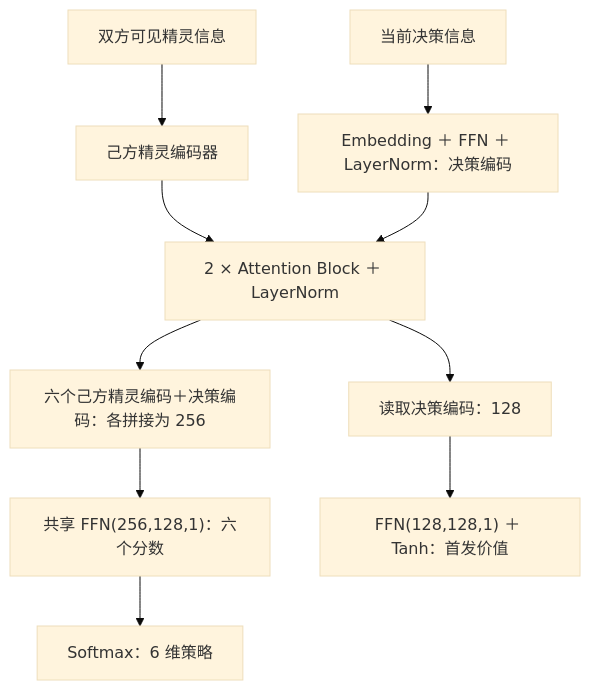
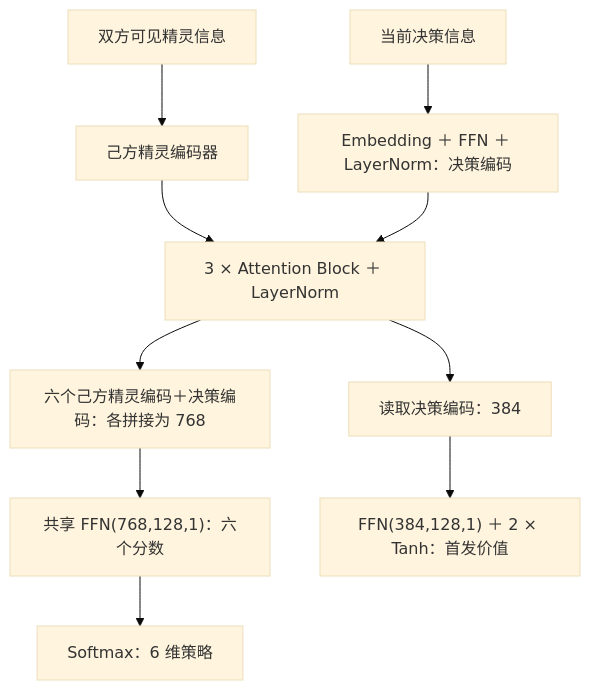
One commit to ChickenD233/Alpha-Roco changed the fifth of 7 diagrams in MODEL_DESIGN.md. Above: the diagram before and after it, drawn with Mermaid (base theme). The commit also changed other lines of this file and 16 other files, not shown here.

````diff
--- a/MODEL_DESIGN.md
+++ b/MODEL_DESIGN.md
@@ -117,12 +124,12 @@
 ```mermaid
 flowchart TB
     I["双方可见精灵信息"] --> E["己方精灵编码器"]
     D["当前决策信息"] --> DE["Embedding ＋ FFN ＋ LayerNorm：决策编码"]
-    E --> A["2 × Attention Block ＋ LayerNorm"]
+    E --> A["3 × Attention Block ＋ LayerNorm"]
     DE --> A
-    A --> P["六个己方精灵编码＋决策编码：各拼接为 256"]
-    P --> S["共享 FFN(256,128,1)：六个分数"]
+    A --> P["六个己方精灵编码＋决策编码：各拼接为 768"]
+    P --> S["共享 FFN(768,128,1)：六个分数"]
     S --> O["Softmax：6 维策略"]
-    A --> G["读取决策编码：128"]
-    G --> V["FFN(128,128,1) ＋ Tanh：首发价值"]
+    A --> G["读取决策编码：384"]
+    G --> V["FFN(384,128,1) ＋ 2 × Tanh：首发价值"]
 ```
````
